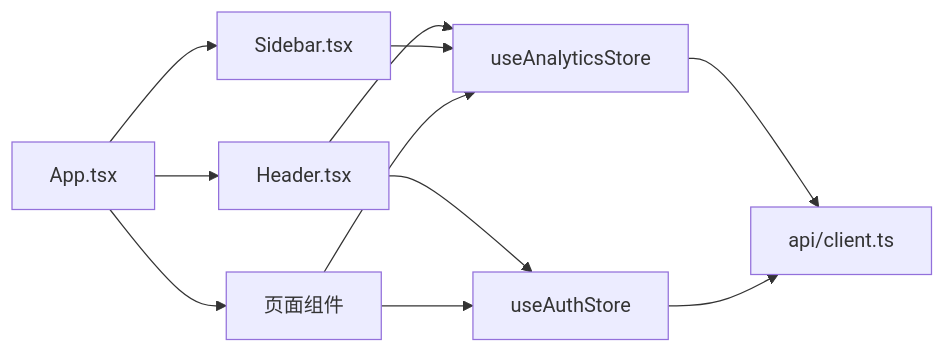
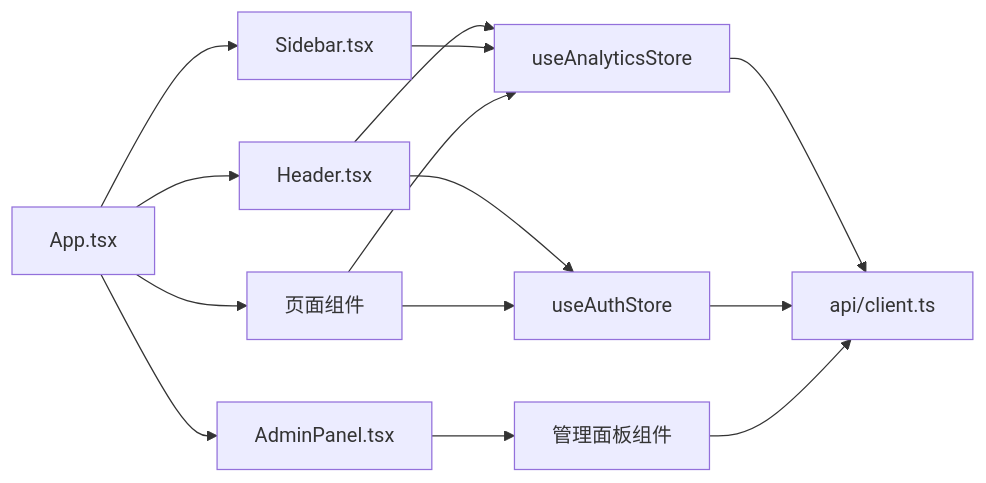
One commit to dgjin/smart-data-analytics changed the ninth of 9 diagrams in .qoder/repowiki/zh/content/前端应用/前端应用.md. Above: the diagram before and after it, drawn with Mermaid. The commit also changed other lines of this file and 100 other files, not shown here.

````diff
--- a/.qoder/repowiki/zh/content/前端应用/前端应用.md
+++ b/.qoder/repowiki/zh/content/前端应用/前端应用.md
@@ -306,13 +440,16 @@
 ```mermaid
 graph LR
 App["App.tsx"] --> Header["Header.tsx"]
 App --> Sidebar["Sidebar.tsx"]
 App --> Pages["页面组件"]
+App --> Admin["AdminPanel.tsx"]
 Header --> StoreA["useAnalyticsStore"]
 Header --> StoreB["useAuthStore"]
 Sidebar --> StoreA
 Pages --> StoreA
 Pages --> StoreB
+Admin --> Panels["管理面板组件"]
 StoreA --> API["api/client.ts"]
 StoreB --> API
+Panels --> API
 ```
````
